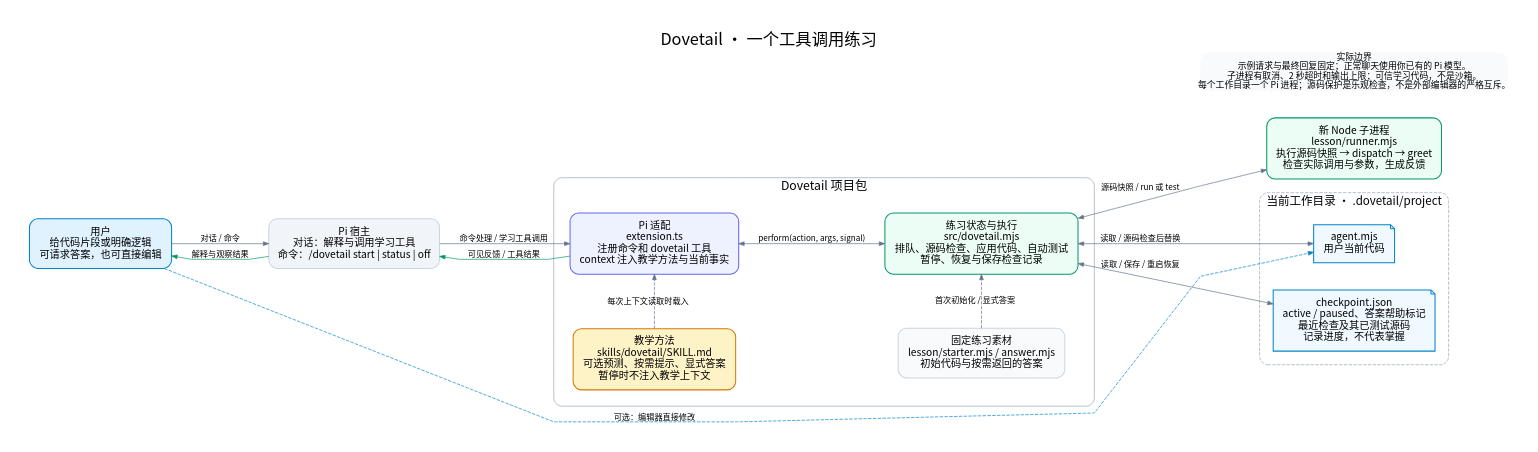
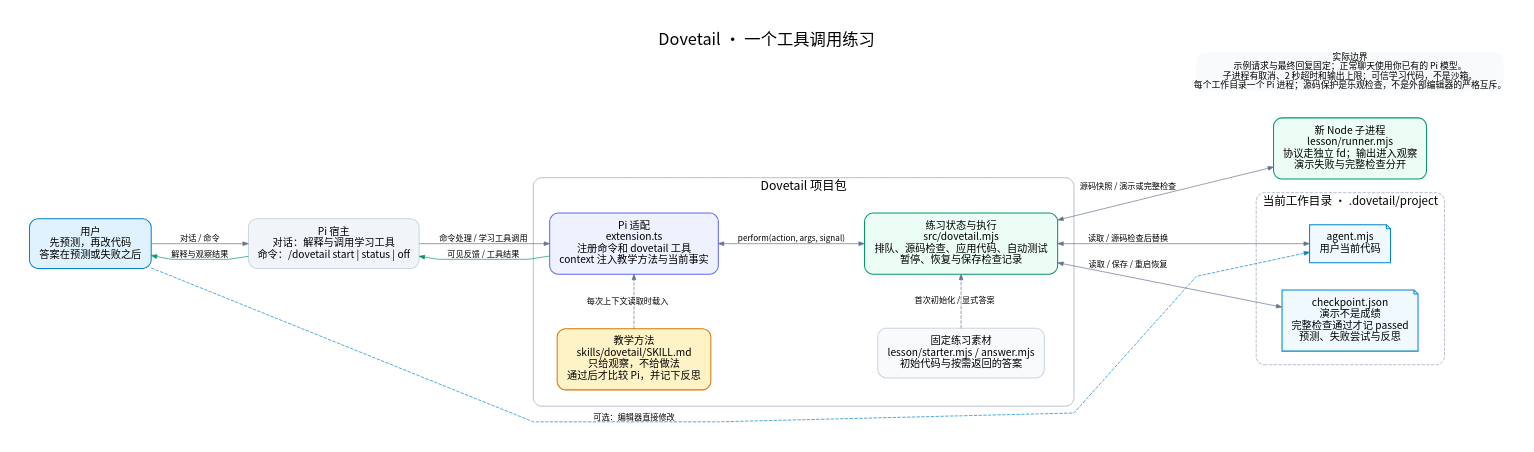
Before and after one commit to Timisic/dovetail: the diagram in docs/architecture.dot, drawn with Graphviz. The commit also changed 9 other files, not shown here.

```diff
--- a/docs/architecture.dot
+++ b/docs/architecture.dot
@@ -1,45 +1,45 @@
 digraph Dovetail {
   graph [rankdir=LR, bgcolor="#ffffff", pad=0.5, nodesep=0.55, ranksep=0.8,
     fontname="Noto Sans CJK SC", fontsize=24, labelloc=t,
     label="Dovetail · 一个工具调用练习\n", splines=polyline];
   node [shape=box, style="rounded,filled", fillcolor="#f8fafc", color="#cbd5e1",
     fontname="Noto Sans CJK SC", fontsize=15, margin="0.20,0.15", penwidth=1.5];
   edge [fontname="Noto Sans CJK SC", fontsize=12, color="#64748b", arrowsize=0.8];
 
-  user [label="用户\n给代码片段或明确逻辑\n可请求答案，也可直接编辑", fillcolor="#e0f2fe", color="#0284c7"];
+  user [label="用户\n先预测，再改代码\n答案在预测或失败之后", fillcolor="#e0f2fe", color="#0284c7"];
   pi [label="Pi 宿主\n对话：解释与调用学习工具\n命令：/dovetail start | status | off", fillcolor="#f1f5f9"];
 
   subgraph cluster_runtime {
     label="Dovetail 项目包"; fontsize=18; color="#94a3b8"; style="rounded"; margin=24;
     extension [label="Pi 适配\nextension.ts\n注册命令和 dovetail 工具\ncontext 注入教学方法与当前事实", fillcolor="#eef2ff", color="#6366f1"];
     owner [label="练习状态与执行\nsrc/dovetail.mjs\n排队、源码检查、应用代码、自动测试\n暂停、恢复与保存检查记录", fillcolor="#ecfdf5", color="#059669"];
-    runner [label="新 Node 子进程\nlesson/runner.mjs\n执行源码快照 → dispatch → greet\n检查实际调用与参数，生成反馈", fillcolor="#ecfdf5", color="#059669"];
-    skill [label="教学方法\nskills/dovetail/SKILL.md\n可选预测、按需提示、显式答案\n暂停时不注入教学上下文", fillcolor="#fef3c7", color="#d97706"];
+    runner [label="新 Node 子进程\nlesson/runner.mjs\n协议走独立 fd；输出进入观察\n演示失败与完整检查分开", fillcolor="#ecfdf5", color="#059669"];
+    skill [label="教学方法\nskills/dovetail/SKILL.md\n只给观察，不给做法\n通过后才比较 Pi，并记下反思", fillcolor="#fef3c7", color="#d97706"];
     fixtures [label="固定练习素材\nlesson/starter.mjs / answer.mjs\n初始代码与按需返回的答案", fillcolor="#f8fafc"];
     {rank=same; extension; skill}
     {rank=same; owner; fixtures}
   }
 
   subgraph cluster_disk {
     label="当前工作目录 · .dovetail/project"; fontsize=17; color="#94a3b8"; style="rounded,dashed"; margin=20;
     source [label="agent.mjs\n用户当前代码", shape=note, fillcolor="#f0f9ff", color="#0284c7"];
-    checkpoint [label="checkpoint.json\nactive / paused、答案帮助标记\n最近检查及其已测试源码\n记录进度，不代表掌握", shape=note, fillcolor="#f0f9ff", color="#0284c7"];
+    checkpoint [label="checkpoint.json\n演示不是成绩\n完整检查通过才记 passed\n预测、失败尝试与反思", shape=note, fillcolor="#f0f9ff", color="#0284c7"];
     {rank=same; source; checkpoint}
   }
 
   user -> pi [label="对话 / 命令"];
   pi -> extension [label="命令处理 / 学习工具调用"];
   extension -> owner [label="perform(action, args, signal)", dir=both];
-  owner -> runner [label="源码快照 / run 或 test", dir=both];
+  owner -> runner [label="源码快照 / 演示或完整检查", dir=both];
   extension -> pi [label="可见反馈 / 工具结果", constraint=false, color="#059669"];
   pi -> user [label="解释与观察结果", constraint=false, color="#059669"];
   skill -> extension [label="每次上下文读取时载入", style=dashed];
   fixtures -> owner [label="首次初始化 / 显式答案", style=dashed];
   owner -> source [label="读取 / 源码检查后替换", dir=both];
   owner -> checkpoint [label="读取 / 保存 / 重启恢复", dir=both];
   user -> source [label="可选：编辑器直接修改", style=dashed, constraint=false, color="#0284c7"];
 
   limits [shape=plain, fontsize=13,
     label="实际边界\n示例请求与最终回复固定；正常聊天使用你已有的 Pi 模型。\n子进程有取消、2 秒超时和输出上限；可信学习代码，不是沙箱。\n每个工作目录一个 Pi 进程；源码保护是乐观检查，不是外部编辑器的严格互斥。"];
   {rank=same; runner; limits}
 }
```
